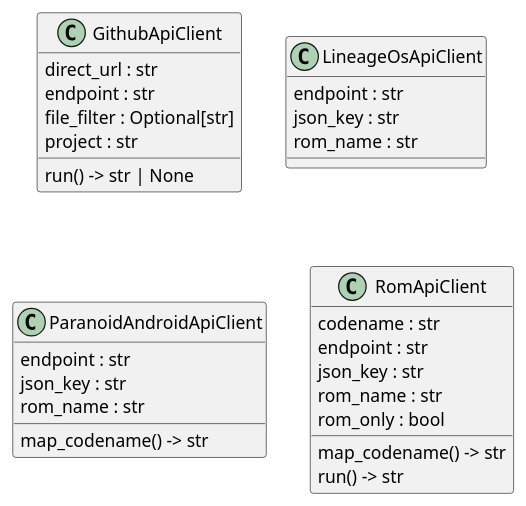
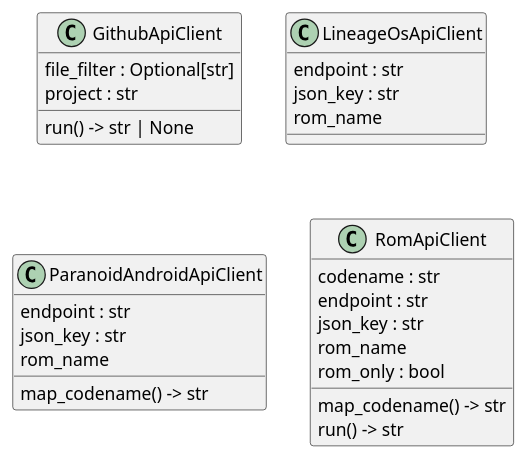
Before and after one commit to seppzer0/zero-kernel: the diagram in docs/architecture/clients/classes.puml, drawn with PlantUML. The commit also changed 37 other files, not shown here.

```diff
--- a/docs/architecture/clients/classes.puml
+++ b/docs/architecture/clients/classes.puml
@@ -1,30 +1,28 @@
 @startuml classes
 set namespaceSeparator none
 class "GithubApiClient" as clients.github.GithubApiClient {
-  direct_url : str
-  endpoint : str
   file_filter : Optional[str]
   project : str
   run() -> str | None
 }
 class "LineageOsApiClient" as clients.los.LineageOsApiClient {
   endpoint : str
   json_key : str
-  rom_name : str
+  rom_name
 }
 class "ParanoidAndroidApiClient" as clients.pa.ParanoidAndroidApiClient {
   endpoint : str
   json_key : str
-  rom_name : str
+  rom_name
   map_codename() -> str
 }
 class "RomApiClient" as clients.rom_api.RomApiClient {
   codename : str
   endpoint : str
   json_key : str
-  rom_name : str
+  rom_name
   rom_only : bool
   map_codename() -> str
   run() -> str
 }
 @enduml
```
